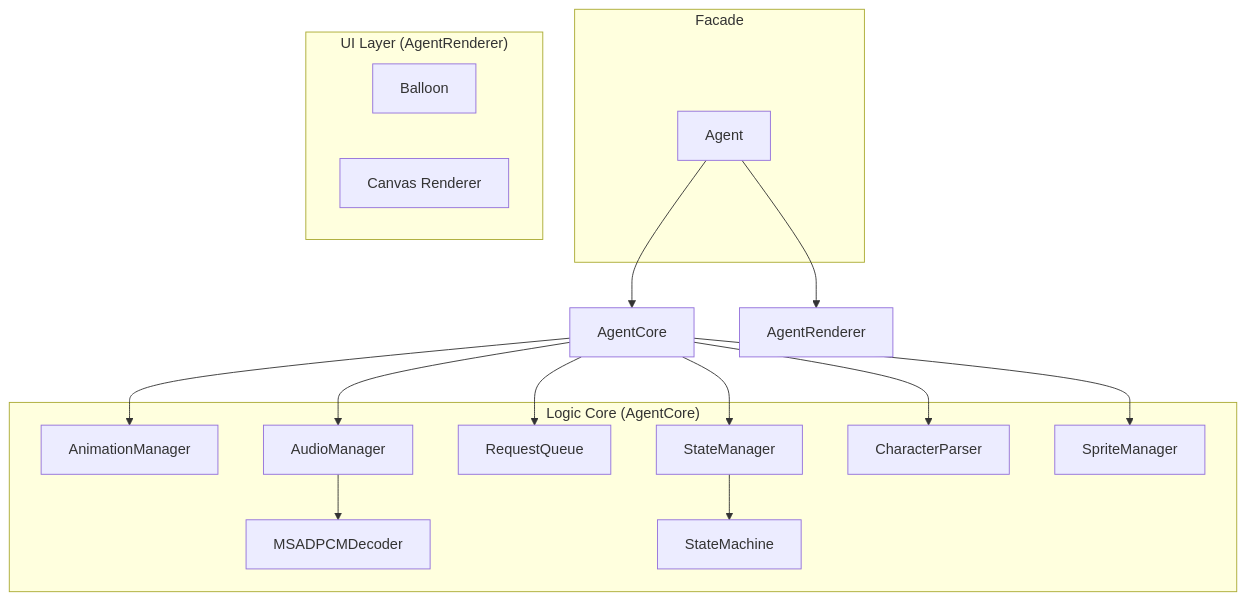
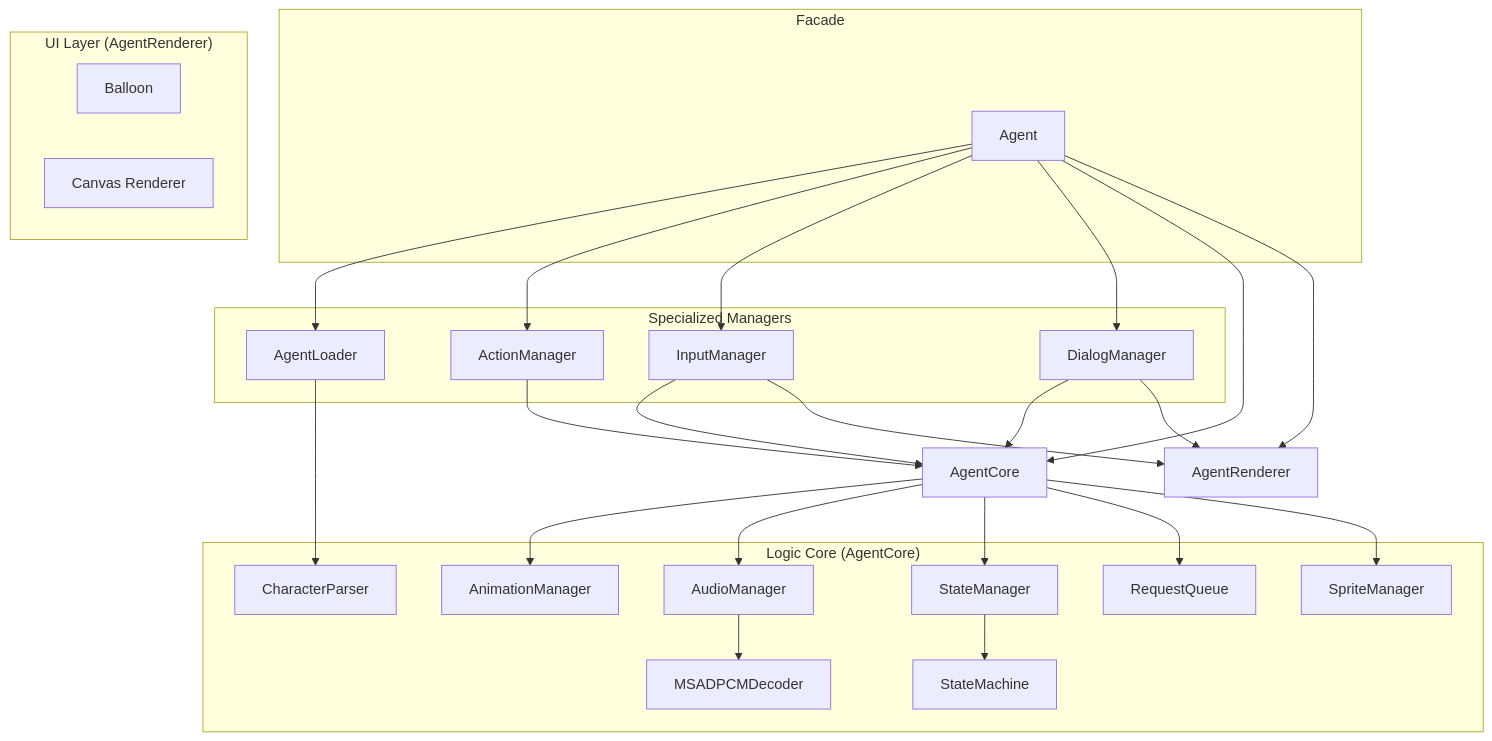
The first of 2 diagrams in docs/internals.md (azayrahmad/ms-agent-js), drawn with Mermaid before and after one commit. The commit also changed other lines of this file and 18 other files, not shown here.

First line of the commit message:
refactor: decompose Agent class into specialized managers

````diff
--- a/docs/internals.md
+++ b/docs/internals.md
@@ -13,33 +13,51 @@
 ```mermaid
 graph TD
     subgraph "Facade"
     A[Agent]
     end
 
+    subgraph "Specialized Managers"
+    AL[AgentLoader]
+    AM[ActionManager]
+    IM[InputManager]
+    DM[DialogManager]
+    end
+
     subgraph "Logic Core (AgentCore)"
-    D[AnimationManager]
+    AnM[AnimationManager]
     F[StateManager]
     H[RequestQueue]
     E[AudioManager]
     B[CharacterParser]
     M[MSADPCMDecoder]
     S[SpriteManager]
     SM[StateMachine]
     end
 
     subgraph "UI Layer (AgentRenderer)"
     G[Balloon]
     R[Canvas Renderer]
     end
 
+    A --> AL
+    A --> AM
+    A --> IM
+    A --> DM
     A --> AgentCore
     A --> AgentRenderer
-    AgentCore --> B
-    AgentCore --> D
+
+    AL --> B
+    AM --> AgentCore
+    IM --> AgentCore
+    IM --> AgentRenderer
+    DM --> AgentCore
+    DM --> AgentRenderer
+
+    AgentCore --> AnM
     AgentCore --> E
     AgentCore --> F
     AgentCore --> H
     AgentCore --> S
     F --> SM
     E --> M
 ```
````
